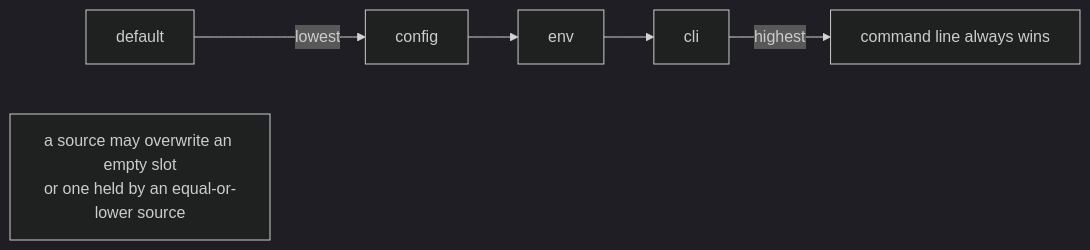
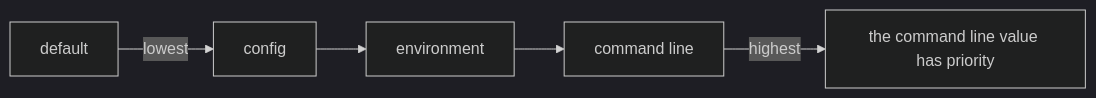
One commit to KeunwooPark/cluedoc changed the second of 4 diagrams in docs/examples/commander/.cluedoc/option-parsing/value-resolution/README.md. Above: the diagram before and after it, drawn with Mermaid (dark theme). The commit also changed other lines of this file and 22 other files, not shown here.

````diff
--- a/docs/examples/commander/.cluedoc/option-parsing/value-resolution/README.md
+++ b/docs/examples/commander/.cluedoc/option-parsing/value-resolution/README.md
@@ -41,8 +57,7 @@
 ```mermaid
 flowchart LR
-    L1["default"] -->|lowest| L2["config"]
-    L2 --> L3["env"]
-    L3 --> L4["cli"]
-    L4 -->|highest| WIN["command line always wins"]
-    note["a source may overwrite an empty slot<br/>or one held by an equal-or-lower source"]
+    L1["default"] -->|"lowest"| L2["config"]
+    L2 --> L3["environment"]
+    L3 --> L4["command line"]
+    L4 -->|"highest"| WIN["the command line value has priority"]
 ```
````
